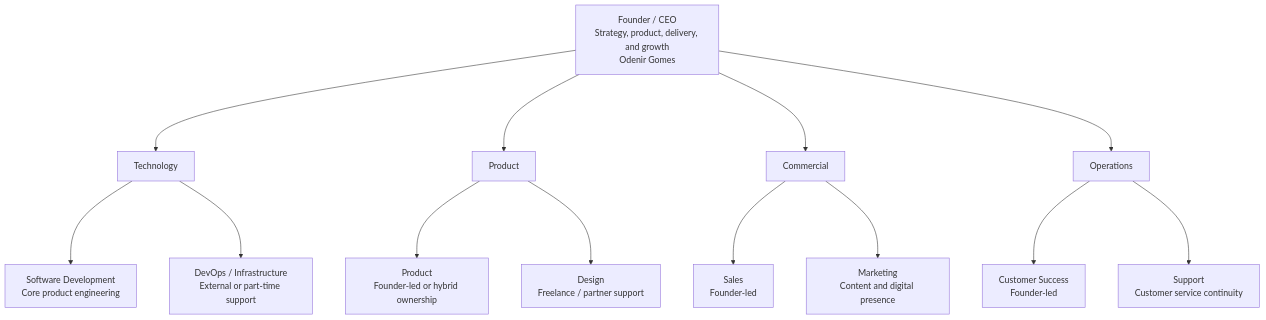
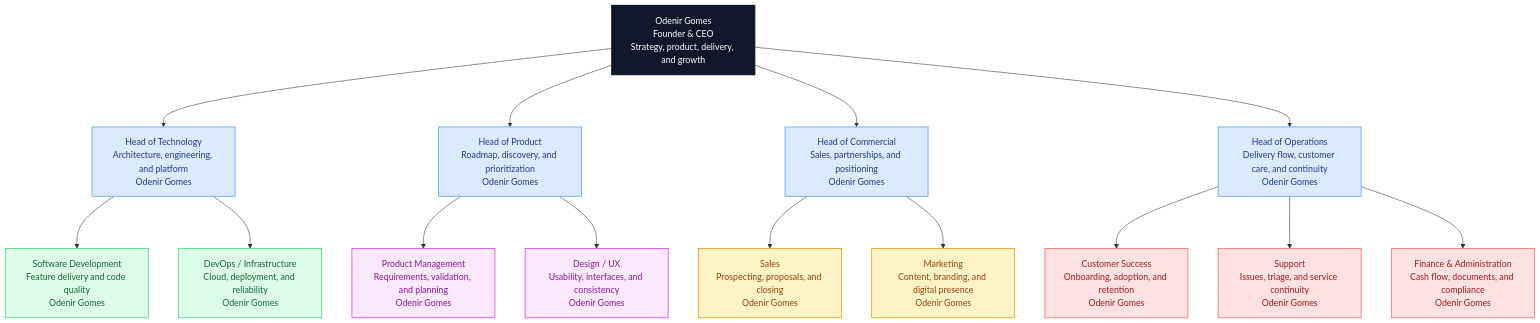
The diagram in profile/about/README.md (ogs-tech/.github), drawn with Mermaid before and after one commit. The commit also changed other lines of this file, not shown here.

Commit message:
docs: refine organizational chart descriptions and roles in README

````diff
--- a/profile/about/README.md
+++ b/profile/about/README.md
@@ -37,27 +37,38 @@
 ```mermaid
-%%{init: {"flowchart": {"nodeSpacing": 60, "rankSpacing": 140, "diagramPadding": 40, "useMaxWidth": true}}}%%
+%%{init: {"flowchart": {"nodeSpacing": 55, "rankSpacing": 95, "diagramPadding": 28, "useMaxWidth": true}}}%%
 flowchart TB
 
-    FOUNDER["Founder / CEO<br/>Strategy, product, delivery, and growth<br/>Odenir Gomes"]
+    CEO["Odenir Gomes<br/>Founder & CEO<br/>Strategy, product, delivery, and growth"]
 
-    FOUNDER --> TECH["Technology"]
-    FOUNDER --> PRODUCT["Product"]
-    FOUNDER --> BUSINESS["Commercial"]
-    FOUNDER --> OPS["Operations"]
+    CEO --> TECH["Head of Technology<br/>Architecture, engineering, and platform<br/>Odenir Gomes"]
+    CEO --> PRODUCT["Head of Product<br/>Roadmap, discovery, and prioritization<br/>Odenir Gomes"]
+    CEO --> BUSINESS["Head of Commercial<br/>Sales, partnerships, and positioning<br/>Odenir Gomes"]
+    CEO --> OPS["Head of Operations<br/>Delivery flow, customer care, and continuity<br/>Odenir Gomes"]
 
-    %% TECHNOLOGY
-    TECH --> SDE["Software Development<br/>Core product engineering"]
-    TECH --> DEVOPS["DevOps / Infrastructure<br/>External or part-time support"]
+    TECH --> SDE["Software Development<br/>Feature delivery and code quality<br/>Odenir Gomes"]
+    TECH --> DEVOPS["DevOps / Infrastructure<br/>Cloud, deployment, and reliability<br/>Odenir Gomes"]
 
-    %% PRODUCT
-    PRODUCT --> PM["Product<br/>Founder-led or hybrid ownership"]
-    PRODUCT --> DESIGN["Design<br/>Freelance / partner support"]
+    PRODUCT --> PM["Product Management<br/>Requirements, validation, and planning<br/>Odenir Gomes"]
+    PRODUCT --> DESIGN["Design / UX<br/>Usability, interfaces, and consistency<br/>Odenir Gomes"]
 
-    %% COMMERCIAL
-    BUSINESS --> SALES["Sales<br/>Founder-led"]
-    BUSINESS --> MKT["Marketing<br/>Content and digital presence"]
+    BUSINESS --> SALES["Sales<br/>Prospecting, proposals, and closing<br/>Odenir Gomes"]
+    BUSINESS --> MKT["Marketing<br/>Content, branding, and digital presence<br/>Odenir Gomes"]
 
-    %% OPERATIONS
-    OPS --> CS["Customer Success<br/>Founder-led"]
-    OPS --> SUPPORT["Support<br/>Customer service continuity"]
+    OPS --> CS["Customer Success<br/>Onboarding, adoption, and retention<br/>Odenir Gomes"]
+    OPS --> SUPPORT["Support<br/>Issues, triage, and service continuity<br/>Odenir Gomes"]
+    OPS --> FIN["Finance & Administration<br/>Cash flow, documents, and compliance<br/>Odenir Gomes"]
+
+    classDef founder fill:#0f172a,color:#ffffff,stroke:#0f172a,stroke-width:2px;
+    classDef heads fill:#dbeafe,color:#1e3a8a,stroke:#60a5fa,stroke-width:1.5px;
+    classDef tech fill:#dcfce7,color:#166534,stroke:#4ade80,stroke-width:1.5px;
+    classDef product fill:#fae8ff,color:#86198f,stroke:#d946ef,stroke-width:1.5px;
+    classDef growth fill:#fef3c7,color:#92400e,stroke:#f59e0b,stroke-width:1.5px;
+    classDef ops fill:#fee2e2,color:#991b1b,stroke:#f87171,stroke-width:1.5px;
+
+    class CEO founder;
+    class TECH,PRODUCT,BUSINESS,OPS heads;
+    class SDE,DEVOPS tech;
+    class PM,DESIGN product;
+    class SALES,MKT growth;
+    class CS,SUPPORT,FIN ops;
 ```
````
